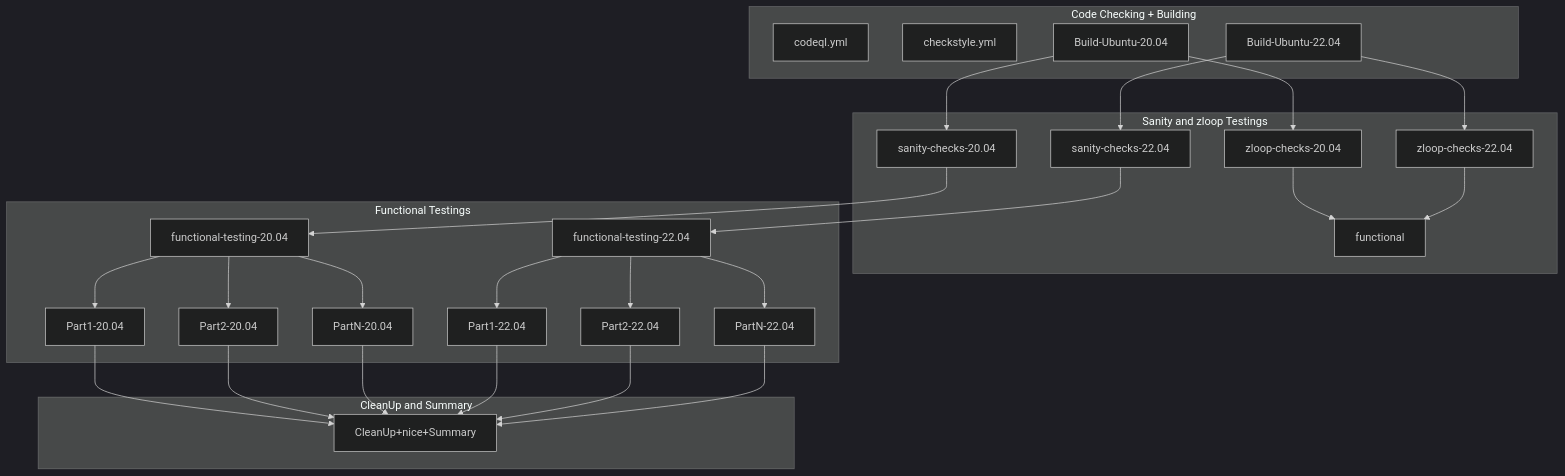
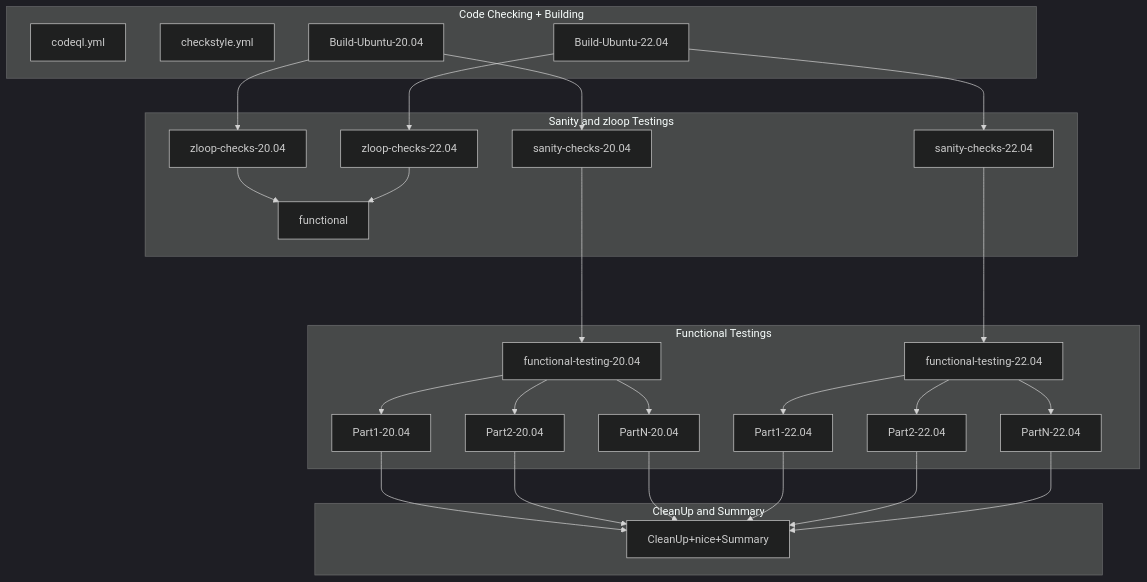
One commit to andrewc12/openzfs changed the diagram in .github/workflows/README.md. Above: the diagram before and after it, drawn with Mermaid (dark theme).

````diff
--- a/.github/workflows/README.md
+++ b/.github/workflows/README.md
@@ -4,58 +4,58 @@
 ```mermaid
 flowchart TB
 subgraph Code Checking + Building
   codeql.yml
   checkstyle.yml
   Build-Ubuntu-20.04
   Build-Ubuntu-22.04
   Build-Ubuntu-20.04
   Build-Ubuntu-22.04
 end
 
 subgraph Sanity and zloop Testings
   sanity-checks-20.04
   sanity-checks-22.04
   zloop-checks-20.04
   functional
   zloop-checks-22.04
 end
 
 subgraph Functional Testings
   functional-testing-20.04
   functional-testing-22.04
   Part1-20.04
   Part2-20.04
   PartN-20.04
   Part1-22.04
   Part2-22.04
   PartN-22.04
 end
 
 subgraph CleanUp and Summary
   CleanUp+nice+Summary
 end
 
   Build-Ubuntu-20.04-->sanity-checks-20.04
   Build-Ubuntu-22.04-->sanity-checks-22.04
   Build-Ubuntu-20.04-->zloop-checks-20.04
   Build-Ubuntu-22.04-->zloop-checks-22.04
 
-  sanity-checks-20.04-->functional-testing-20.04
-  sanity-checks-22.04-->functional-testing-22.04
+  sanity-checks-20.04---->functional-testing-20.04
+  sanity-checks-22.04---->functional-testing-22.04
   zloop-checks-20.04-->functional
   zloop-checks-22.04-->functional
 
   functional-testing-20.04-->Part1-20.04
   functional-testing-20.04-->Part2-20.04
   functional-testing-20.04-->PartN-20.04
   functional-testing-22.04-->Part1-22.04
   functional-testing-22.04-->Part2-22.04
   functional-testing-22.04-->PartN-22.04
 
   Part1-20.04-->CleanUp+nice+Summary
   Part2-20.04-->CleanUp+nice+Summary
   PartN-20.04-->CleanUp+nice+Summary
   Part1-22.04-->CleanUp+nice+Summary
   Part2-22.04-->CleanUp+nice+Summary
   PartN-22.04-->CleanUp+nice+Summary
 ```
````
